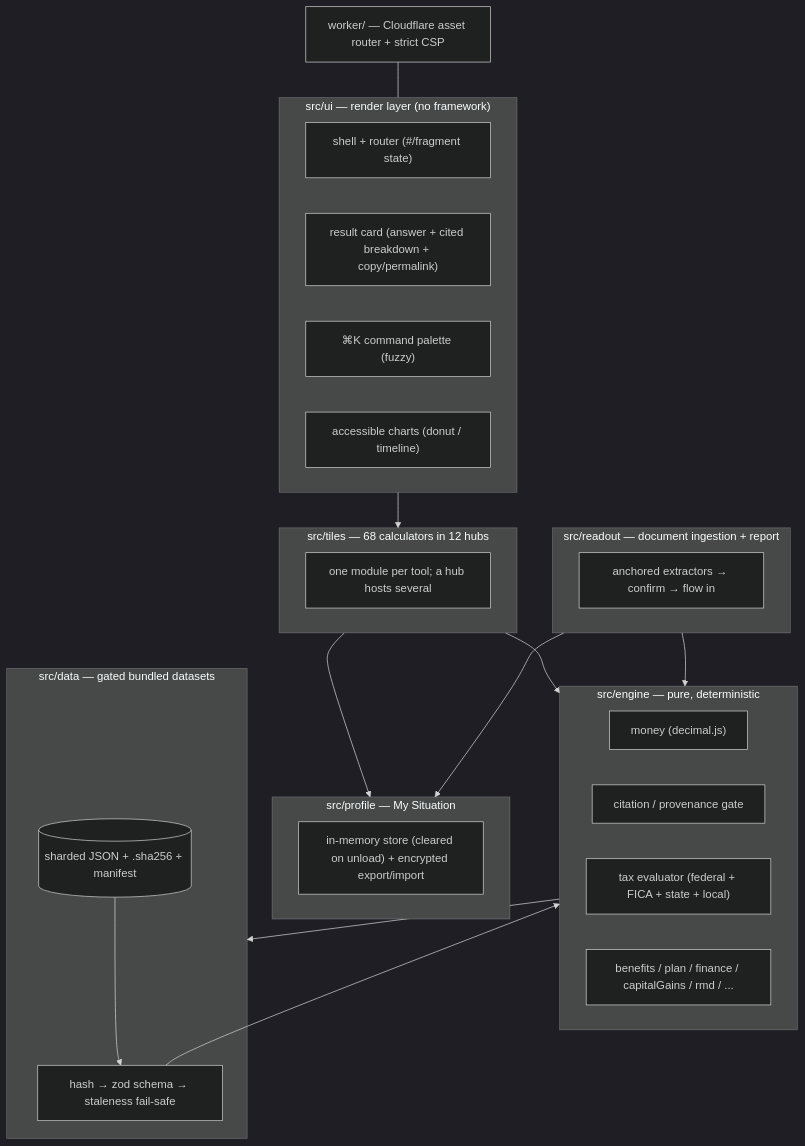
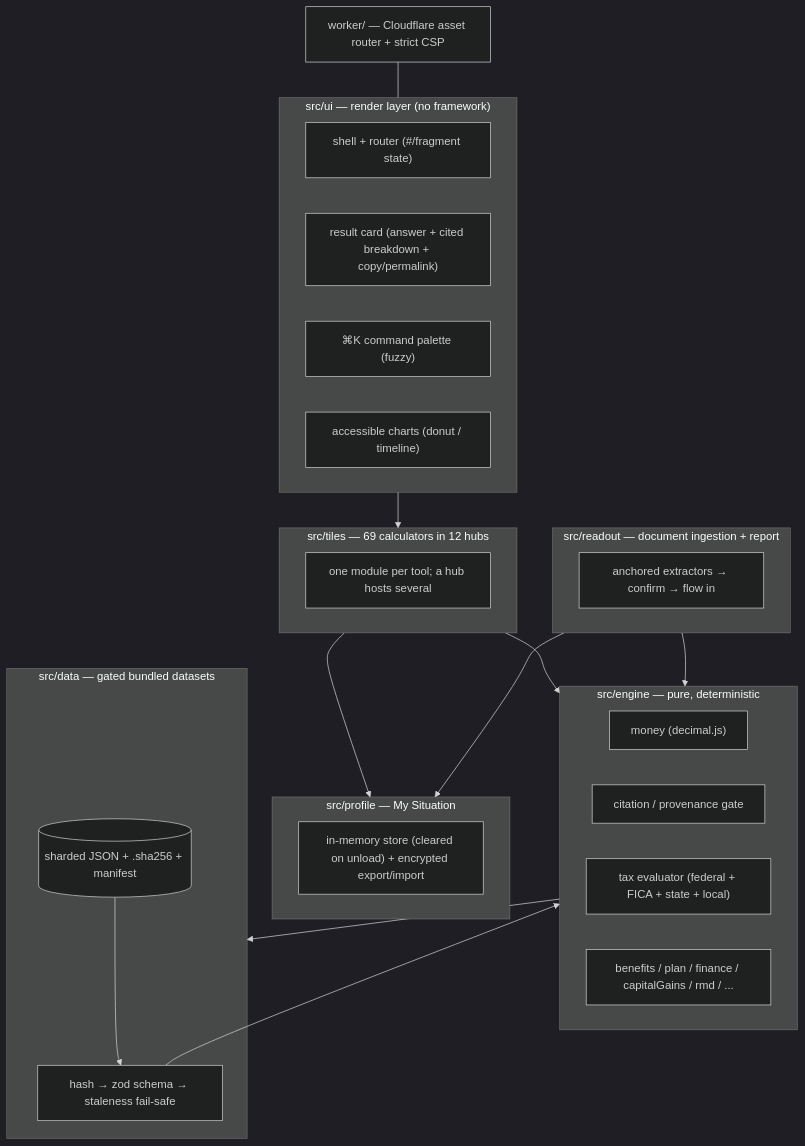
Before and after one commit to clay-good/enklayve: the second of 7 diagrams in README.md, drawn with Mermaid (dark theme). The commit also changed other lines of this file and 14 other files, not shown here.

````diff
--- a/README.md
+++ b/README.md
@@ -270,36 +270,36 @@
 ```mermaid
 flowchart TD
     subgraph UI["src/ui — render layer (no framework)"]
         SH["shell + router (#/fragment state)"]
         RC["result card (answer + cited breakdown + copy/permalink)"]
         CP["⌘K command palette (fuzzy)"]
         CH["accessible charts (donut / timeline)"]
     end
-    subgraph TILES["src/tiles — 68 calculators in 12 hubs"]
+    subgraph TILES["src/tiles — 69 calculators in 12 hubs"]
         T1["one module per tool; a hub hosts several"]
     end
     subgraph PROFILE["src/profile — My Situation"]
         PS["in-memory store (cleared on unload) + encrypted export/import"]
     end
     subgraph READOUT["src/readout — document ingestion + report"]
         RX["anchored extractors → confirm → flow in"]
     end
     subgraph ENGINE["src/engine — pure, deterministic"]
         MN["money (decimal.js)"]
         CI["citation / provenance gate"]
         TAX["tax evaluator (federal + FICA + state + local)"]
         BEN["benefits / plan / finance / capitalGains / rmd / ..."]
     end
     subgraph DATA["src/data — gated bundled datasets"]
         LO["hash → zod schema → staleness fail-safe"]
         DS[("sharded JSON + .sha256 + manifest")]
     end
     TILES --> ENGINE
     READOUT --> ENGINE
     TILES --> PROFILE
     READOUT --> PROFILE
     UI --> TILES
     ENGINE --> DATA
     DS --> LO --> ENGINE
     WORKER["worker/ — Cloudflare asset router + strict CSP"] --- UI
 ```
````
